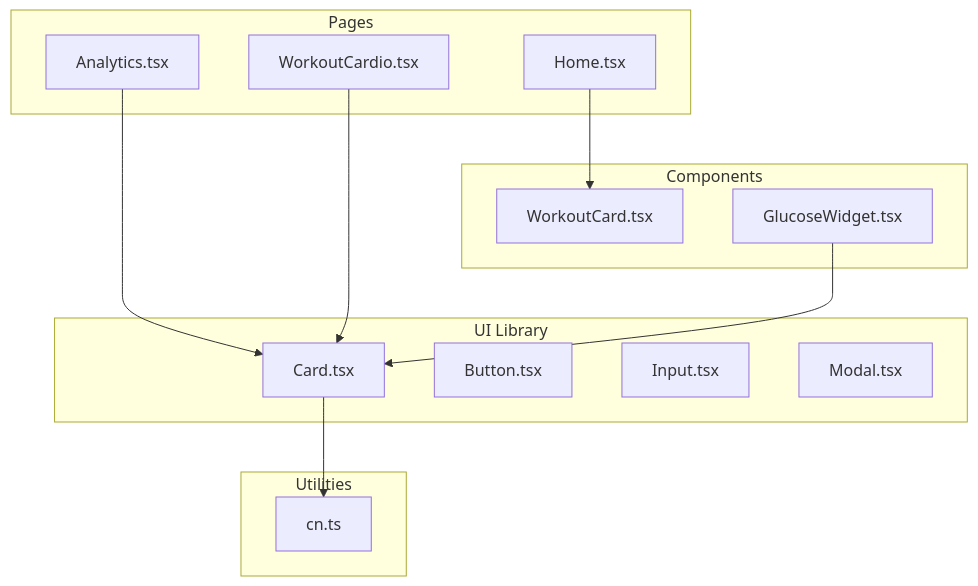
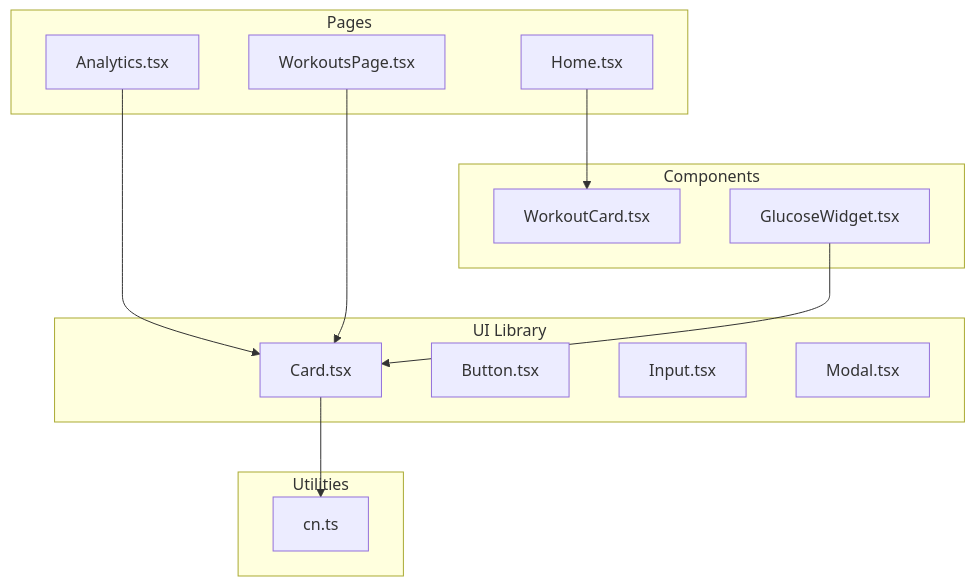
One commit to nilsnavi/fit_trackerpro changed the first of 5 diagrams in .qoder/repowiki/en/content/Frontend Component Architecture/UI Component Library/Card Component.md. Above: the diagram before and after it, drawn with Mermaid. The commit also changed 10 other files, not shown here.

````diff
--- a/.qoder/repowiki/en/content/Frontend Component Architecture/UI Component Library/Card Component.md
+++ b/.qoder/repowiki/en/content/Frontend Component Architecture/UI Component Library/Card Component.md
@@ -32,26 +32,26 @@
 ```mermaid
 graph TB
 subgraph "UI Library"
 Card["Card.tsx"]
 Button["Button.tsx"]
 Input["Input.tsx"]
 Modal["Modal.tsx"]
 end
 subgraph "Utilities"
 CN["cn.ts"]
 end
 subgraph "Pages"
 Home["Home.tsx"]
 Analytics["Analytics.tsx"]
-Workout["WorkoutCardio.tsx"]
+WorkoutsPage["WorkoutsPage.tsx"]
 end
 subgraph "Components"
 WorkoutCard["WorkoutCard.tsx"]
 GlucoseWidget["GlucoseWidget.tsx"]
 end
 Card --> CN
 Home --> WorkoutCard
 Analytics --> Card
-Workout --> Card
+WorkoutsPage --> Card
 GlucoseWidget --> Card
 ```
````
